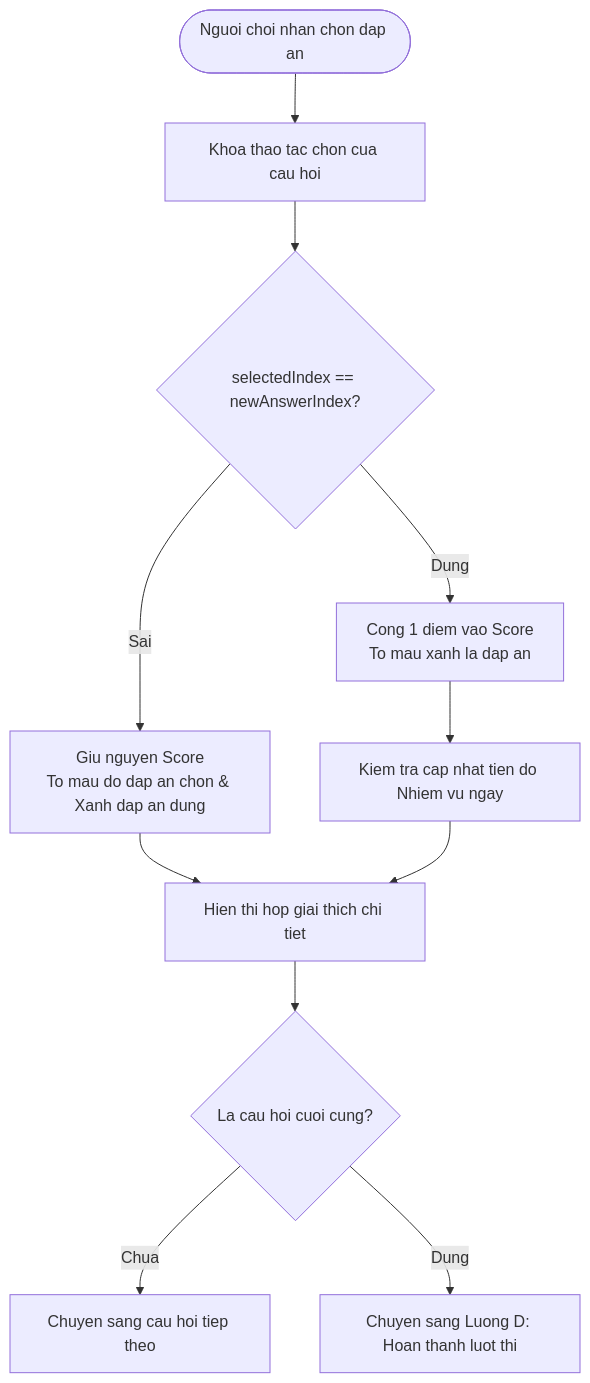
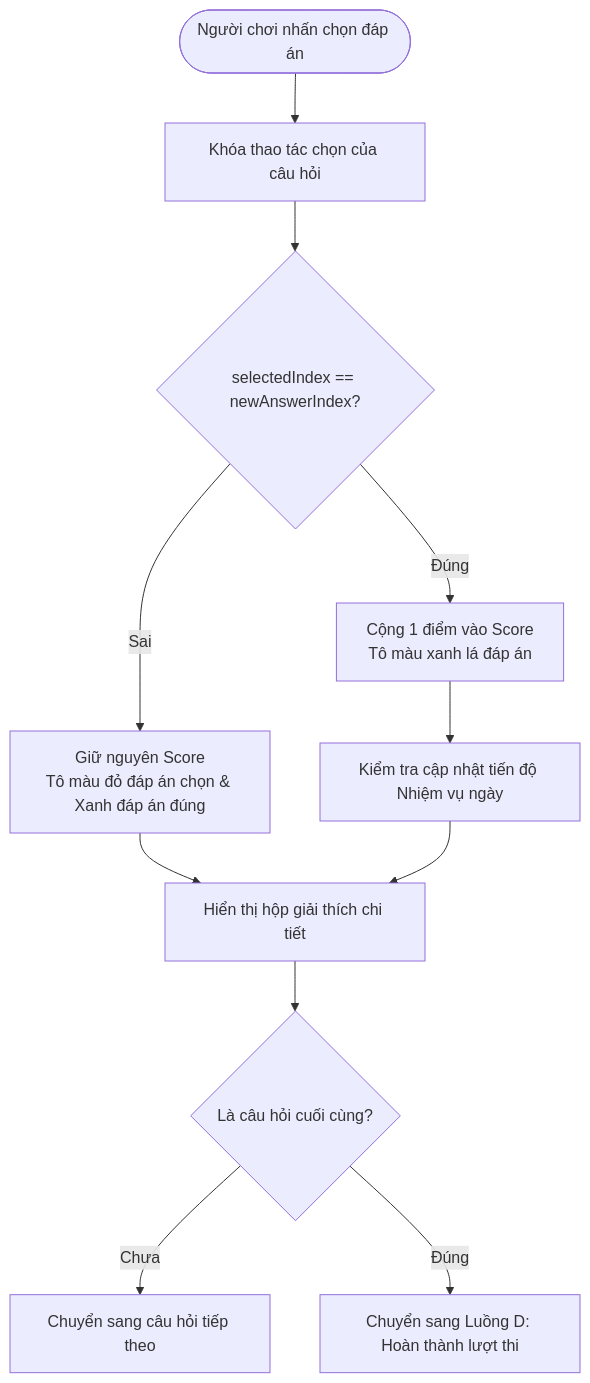
One commit to ZangKai2k3/dak-song-quest changed the fourth of 10 diagrams in MO_TA_HE_THONG.md. Above: the diagram before and after it, drawn with Mermaid. The commit also changed other lines of this file and 2 other files, not shown here.

Commit message:
docs: chuyen doi toan bo file md sang tieng Viet co dau chuan chinh, khong emoji

````diff
--- a/MO_TA_HE_THONG.md
+++ b/MO_TA_HE_THONG.md
@@ -345,13 +345,13 @@
 ```mermaid
 flowchart TD
-    StartC([Nguoi choi nhan chon dap an]) --> LockChoice[Khoa thao tac chon cua cau hoi]
-    LockChoice --> CheckCorrect{selectedIndex == newAnswerIndex?}
-    CheckCorrect -- "Dung" --> ScoreUp[Cong 1 diem vao Score\nTo mau xanh la dap an]
-    CheckCorrect -- "Sai" --> ScoreStay[Giu nguyen Score\nTo mau do dap an chon & Xanh dap an dung]
-    ScoreUp --> CheckDailyTask[Kiem tra cap nhat tien do Nhiem vu ngay]
-    ScoreStay --> ShowExplanation[Hien thi hop giai thich chi tiet]
+    StartC(["Người chơi nhấn chọn đáp án"]) --> LockChoice["Khóa thao tác chọn của câu hỏi"]
+    LockChoice --> CheckCorrect{"selectedIndex == newAnswerIndex?"}
+    CheckCorrect -- "Đúng" --> ScoreUp["Cộng 1 điểm vào Score\nTô màu xanh lá đáp án"]
+    CheckCorrect -- "Sai" --> ScoreStay["Giữ nguyên Score\nTô màu đỏ đáp án chọn & Xanh đáp án đúng"]
+    ScoreUp --> CheckDailyTask["Kiểm tra cập nhật tiến độ Nhiệm vụ ngày"]
+    ScoreStay --> ShowExplanation["Hiển thị hộp giải thích chi tiết"]
     CheckDailyTask --> ShowExplanation
-    ShowExplanation --> IsLastQuestion{La cau hoi cuoi cung?}
-    IsLastQuestion -- "Chua" --> NextQ[Chuyen sang cau hoi tiep theo]
-    IsLastQuestion -- "Dung" --> FinishQuiz[Chuyen sang Luong D: Hoan thanh luot thi]
+    ShowExplanation --> IsLastQuestion{"Là câu hỏi cuối cùng?"}
+    IsLastQuestion -- "Chưa" --> NextQ["Chuyển sang câu hỏi tiếp theo"]
+    IsLastQuestion -- "Đúng" --> FinishQuiz["Chuyển sang Luồng D: Hoàn thành lượt thi"]
 ```
````
